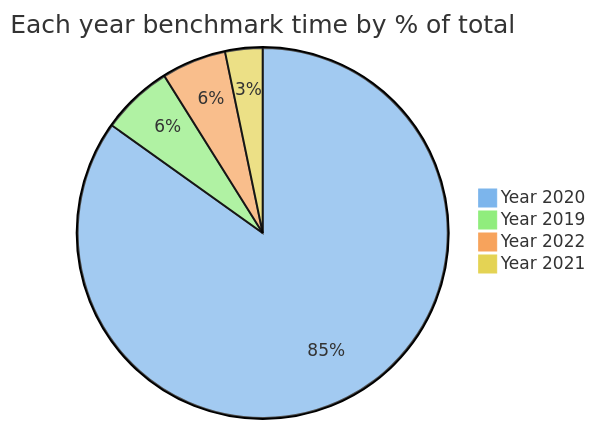
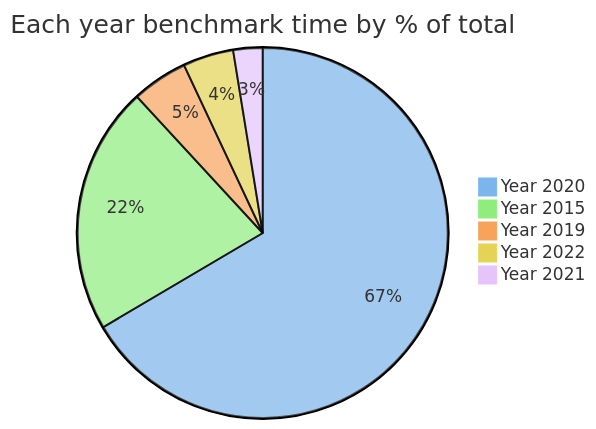
Before and after one commit to maneatingape/advent-of-code-rust: the first of 6 diagrams in README.md, drawn with Mermaid. The commit also changed other lines of this file, not shown here.

Commit message:
Update benchmark data and graphs

````diff
--- a/README.md
+++ b/README.md
@@ -56,9 +61,10 @@
 ```mermaid
-%%{init: {'theme': 'base', 'themeVariables': { 'pie1': '#7cb5ec', 'pie2': '#90ed7d', 'pie3': '#f7a35c', 'pie4': '#e4d354'}}}%%
+%%{init: {'theme': 'base', 'themeVariables': { 'pie1': '#7cb5ec', 'pie2': '#90ed7d', 'pie3': '#f7a35c', 'pie4': '#e4d354', 'pie5': '#e4c4fb'}}}%%
 pie
     title Each year benchmark time by % of total
     "Year 2020" : 286
+    "Year 2015" : 93
     "Year 2019" : 21
     "Year 2022" : 19
     "Year 2021" : 11
 ```
````
